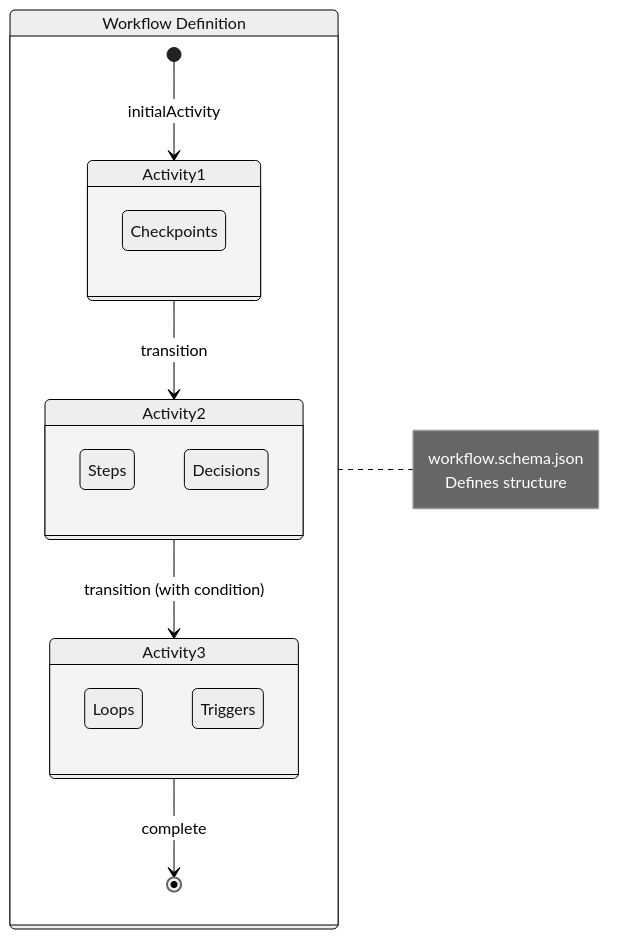
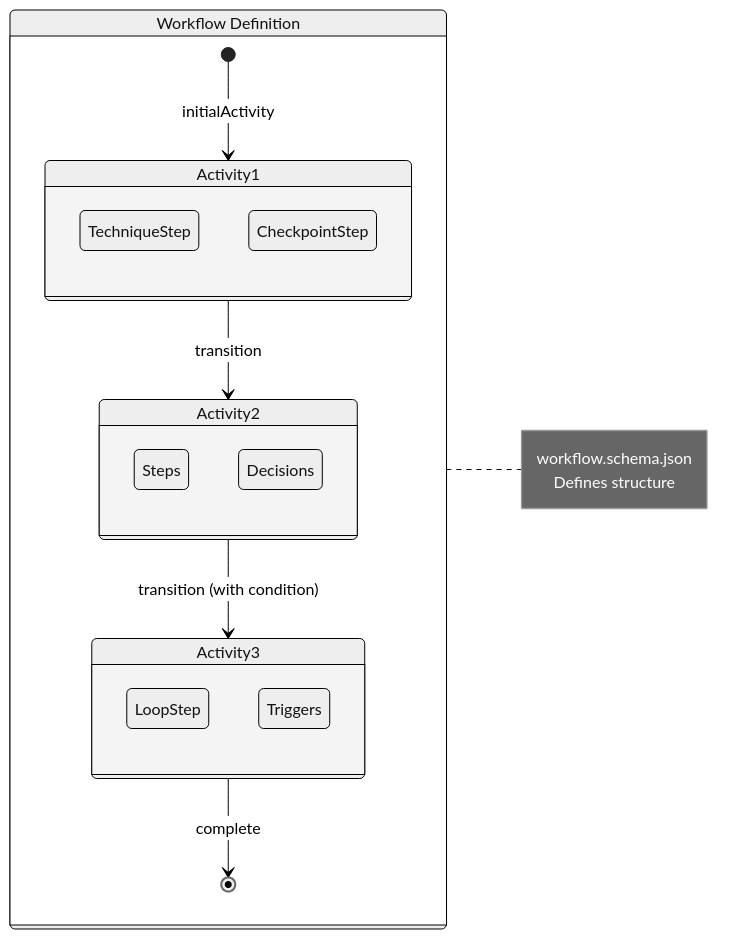
Before and after one commit to m2ux/workflow-server: the first of 3 diagrams in schemas/README.md, drawn with Mermaid (neutral theme). The commit also changed other lines of this file and 19 other files, not shown here.

````diff
--- a/schemas/README.md
+++ b/schemas/README.md
@@ -28,29 +28,29 @@
 ```mermaid
 stateDiagram-v2
     direction LR
     
     state "Workflow Definition" as WD {
         [*] --> Activity1: initialActivity
         Activity1 --> Activity2: transition
         Activity2 --> Activity3: transition (with condition)
         Activity3 --> [*]: complete
         
         state Activity1 {
-            Steps
-            Checkpoints
+            TechniqueStep
+            CheckpointStep
         }
         state Activity2 {
             Steps
             Decisions
         }
         state Activity3 {
-            Loops
+            LoopStep
             Triggers
         }
     }
     
     note right of WD
         workflow.schema.json
         Defines structure
     end note
 ```
````
